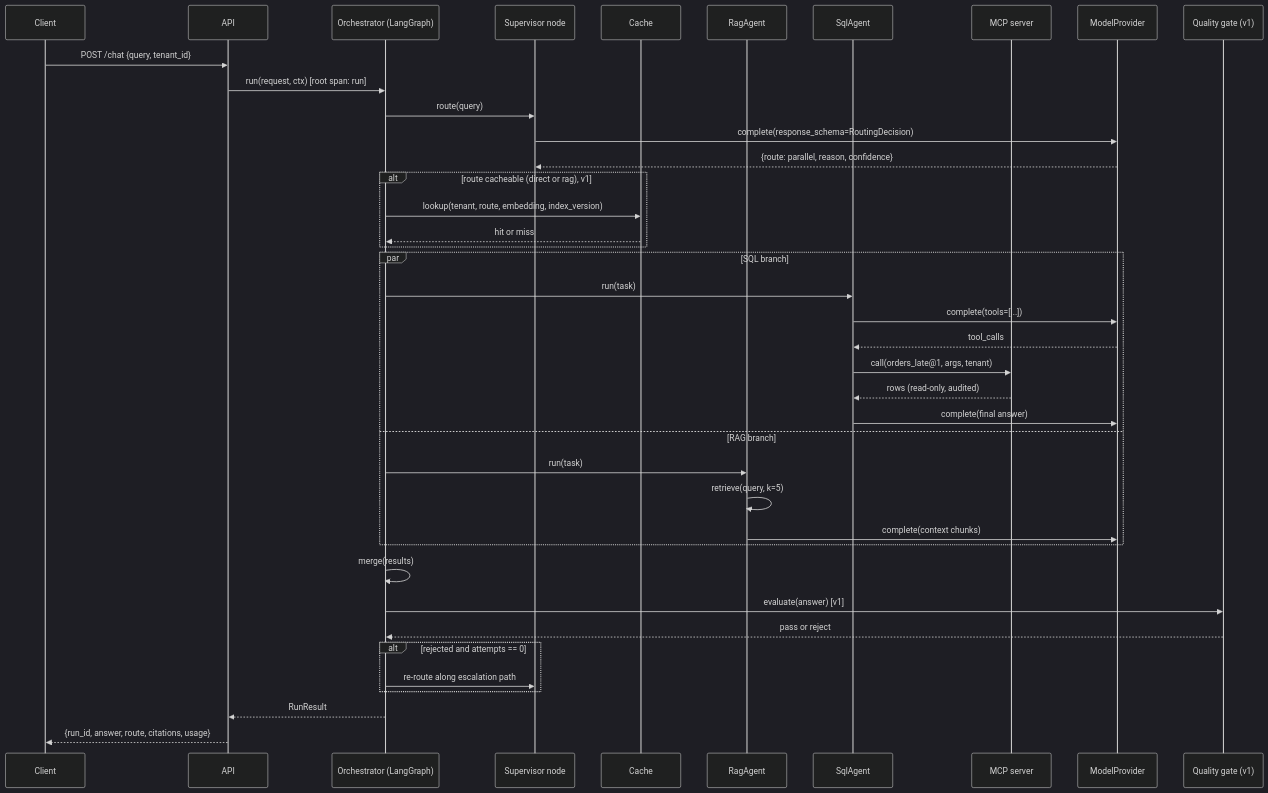
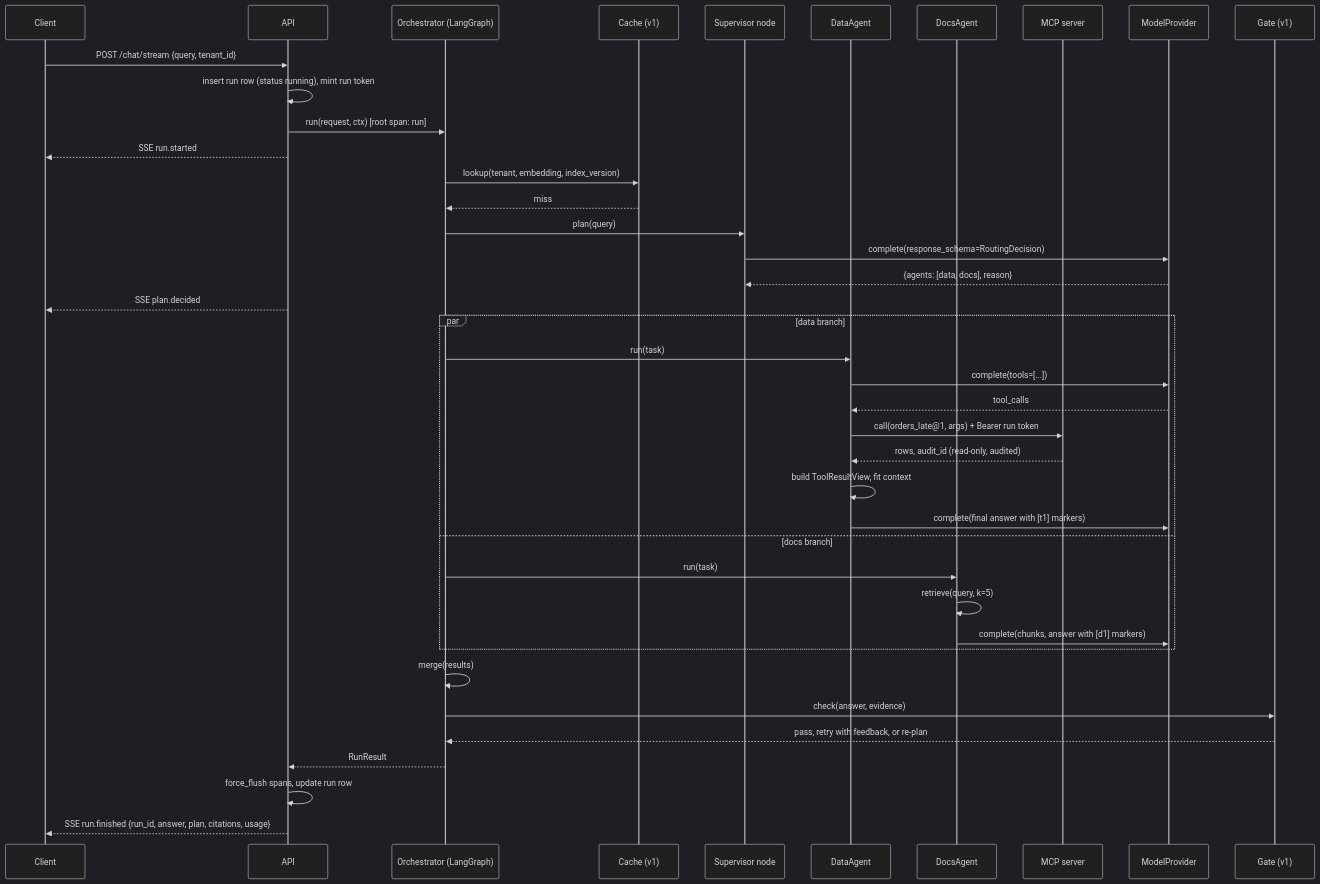
One commit to z27833009/switchboard changed the second of 4 diagrams in docs/spec/design.md. Above: the diagram before and after it, drawn with Mermaid (dark theme). The commit also changed other lines of this file and 17 other files, not shown here.

````diff
--- a/docs/spec/design.md
+++ b/docs/spec/design.md
@@ -163,43 +216,43 @@
 ```mermaid
 sequenceDiagram
     participant C as Client
     participant A as API
     participant O as Orchestrator (LangGraph)
+    participant K as Cache (v1)
     participant S as Supervisor node
-    participant K as Cache
-    participant R as RagAgent
-    participant Q as SqlAgent
+    participant D as DataAgent
+    participant R as DocsAgent
     participant T as MCP server
     participant M as ModelProvider
-    participant G as Quality gate (v1)
+    participant G as Gate (v1)
 
-    C->>A: POST /chat {query, tenant_id}
+    C->>A: POST /chat/stream {query, tenant_id}
+    A->>A: insert run row (status running), mint run token
     A->>O: run(request, ctx)   [root span: run]
-    O->>S: route(query)
+    A-->>C: SSE run.started
+    O->>K: lookup(tenant, embedding, index_version)
+    K-->>O: miss
+    O->>S: plan(query)
     S->>M: complete(response_schema=RoutingDecision)
-    M-->>S: {route: parallel, reason, confidence}
-    alt route cacheable (direct or rag), v1
-        O->>K: lookup(tenant, route, embedding, index_version)
-        K-->>O: hit or miss
-    end
-    par SQL branch
-        O->>Q: run(task)
-        Q->>M: complete(tools=[...])
-        M-->>Q: tool_calls
-        Q->>T: call(orders_late@1, args, tenant)
-        T-->>Q: rows (read-only, audited)
-        Q->>M: complete(final answer)
-    and RAG branch
+    M-->>S: {agents: [data, docs], reason}
+    A-->>C: SSE plan.decided
+    par data branch
+        O->>D: run(task)
+        D->>M: complete(tools=[...])
+        M-->>D: tool_calls
+        D->>T: call(orders_late@1, args) + Bearer run token
+        T-->>D: rows, audit_id (read-only, audited)
+        D->>D: build ToolResultView, fit context
+        D->>M: complete(final answer with [t1] markers)
+    and docs branch
         O->>R: run(task)
         R->>R: retrieve(query, k=5)
-        R->>M: complete(context chunks)
+        R->>M: complete(chunks, answer with [d1] markers)
     end
     O->>O: merge(results)
-    O->>G: evaluate(answer)   [v1]
-    G-->>O: pass or reject
-    alt rejected and attempts == 0
-        O->>S: re-route along escalation path
-    end
+    O->>G: check(answer, evidence)
+    G-->>O: pass, retry with feedback, or re-plan
     O-->>A: RunResult
-    A-->>C: {run_id, answer, route, citations, usage}
+    A->>A: force_flush spans, update run row
+    A-->>C: SSE run.finished {run_id, answer, plan, citations, usage}
 ```
````
